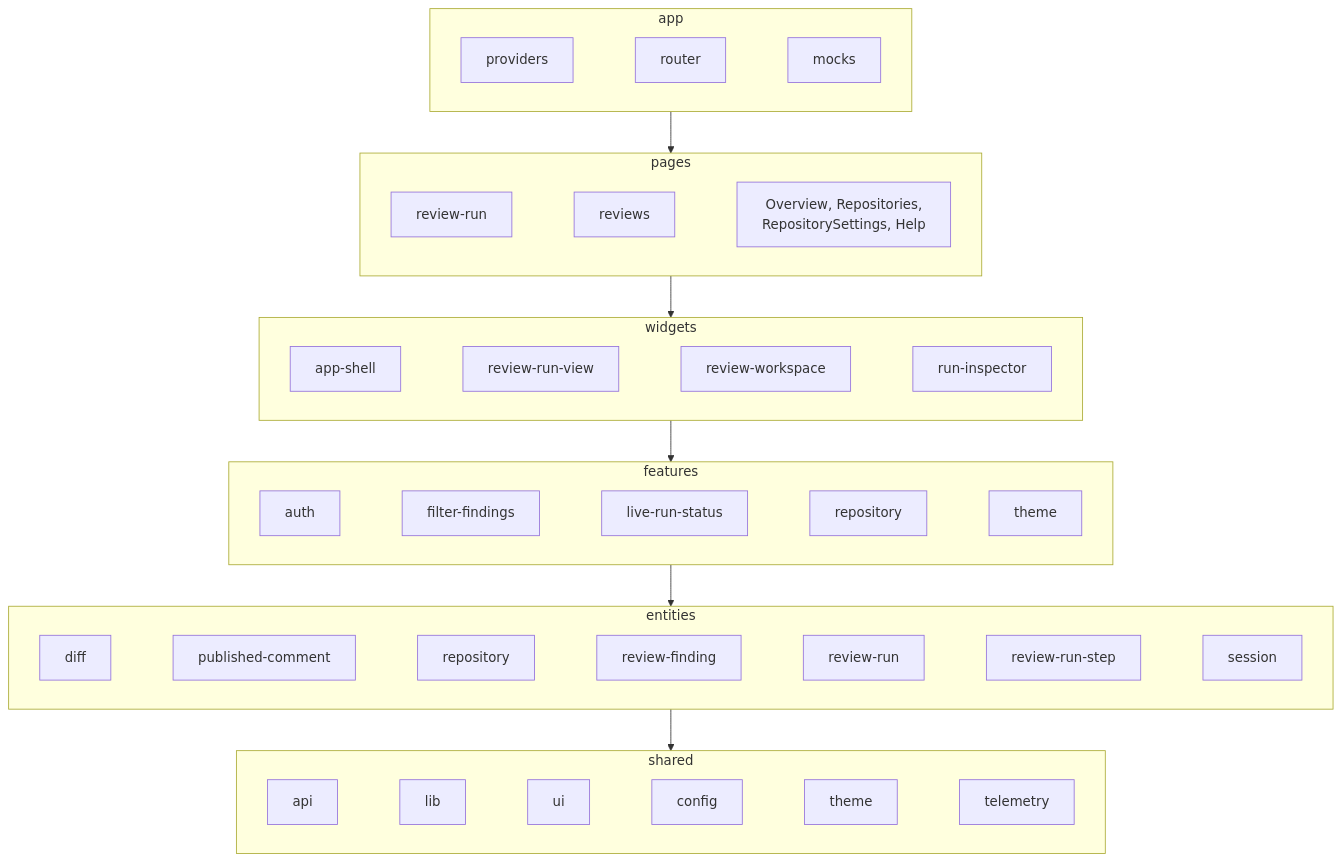
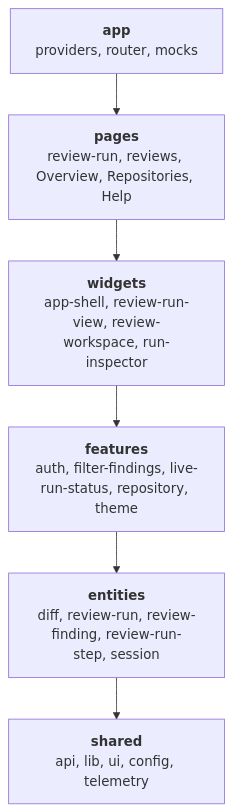
Before and after one commit to larchanka-training/dmc-268-ui-t1: the first of 2 diagrams in FRONTEND_ARCHITECTURE.md, drawn with Mermaid. The commit also changed other lines of this file, not shown here.

Commit message:
docs: правки второго раунда ревью схемы слоёв (#108)

````diff
--- a/FRONTEND_ARCHITECTURE.md
+++ b/FRONTEND_ARCHITECTURE.md
@@ -152,28 +152,10 @@
 ```mermaid
 flowchart TB
-    subgraph app["app"]
-        direction LR
-        a_prov["providers"] ~~~ a_router["router"] ~~~ a_mocks["mocks"]
-    end
-    subgraph pages["pages"]
-        direction LR
-        p_run["review-run"] ~~~ p_reviews["reviews"] ~~~ p_flat["Overview, Repositories,<br/>RepositorySettings, Help"]
-    end
-    subgraph widgets["widgets"]
-        direction LR
-        w_shell["app-shell"] ~~~ w_view["review-run-view"] ~~~ w_ws["review-workspace"] ~~~ w_insp["run-inspector"]
-    end
-    subgraph features["features"]
-        direction LR
-        f_auth["auth"] ~~~ f_filter["filter-findings"] ~~~ f_live["live-run-status"] ~~~ f_repo["repository"] ~~~ f_theme["theme"]
-    end
-    subgraph entities["entities"]
-        direction LR
-        e_diff["diff"] ~~~ e_pc["published-comment"] ~~~ e_repo["repository"] ~~~ e_rf["review-finding"] ~~~ e_rr["review-run"] ~~~ e_step["review-run-step"] ~~~ e_sess["session"]
-    end
-    subgraph shared["shared"]
-        direction LR
-        s_api["api"] ~~~ s_lib["lib"] ~~~ s_ui["ui"] ~~~ s_cfg["config"] ~~~ s_theme["theme"] ~~~ s_tel["telemetry"]
-    end
+    app["<b>app</b><br/>providers, router, mocks"]
+    pages["<b>pages</b><br/>review-run, reviews, Overview, Repositories, Help"]
+    widgets["<b>widgets</b><br/>app-shell, review-run-view, review-workspace, run-inspector"]
+    features["<b>features</b><br/>auth, filter-findings, live-run-status, repository, theme"]
+    entities["<b>entities</b><br/>diff, review-run, review-finding, review-run-step, session"]
+    shared["<b>shared</b><br/>api, lib, ui, config, telemetry"]
     app --> pages --> widgets --> features --> entities --> shared
 ```
````
